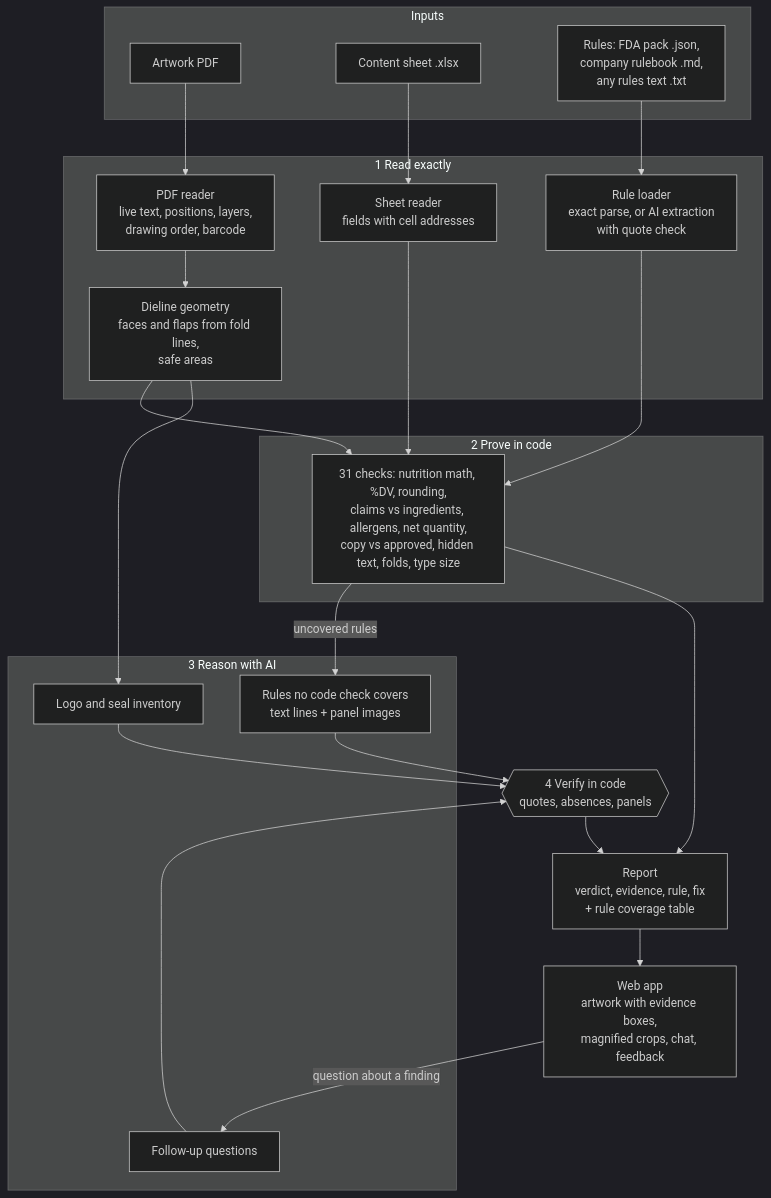
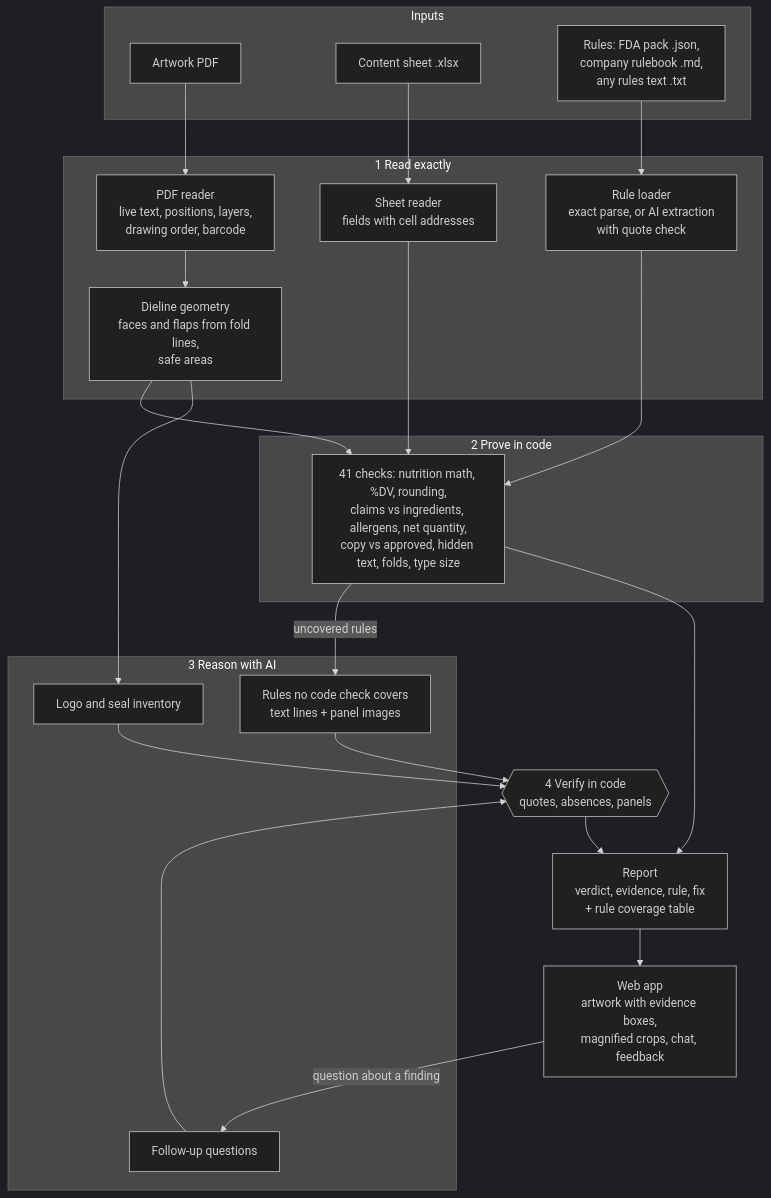
One commit to praharj123barman-glitch/shelfready changed the diagram in README.md. Above: the diagram before and after it, drawn with Mermaid (dark theme). The commit also changed other lines of this file and 2 other files, not shown here.

Commit message:
README, submission text and demo script cover risk ranking, markets, corrected panel, proof compare and the feedback loop

````diff
--- a/README.md
+++ b/README.md
@@ -87,44 +104,44 @@
 ```mermaid
 flowchart TB
     subgraph Inputs
         PDF[Artwork PDF]
         XLSX[Content sheet .xlsx]
         RULES[Rules: FDA pack .json,<br/>company rulebook .md,<br/>any rules text .txt]
     end
 
     subgraph Read["1 Read exactly"]
         EXT[PDF reader<br/>live text, positions, layers,<br/>drawing order, barcode]
         DIE[Dieline geometry<br/>faces and flaps from fold lines,<br/>safe areas]
         SHEET[Sheet reader<br/>fields with cell addresses]
         RB[Rule loader<br/>exact parse, or AI extraction<br/>with quote check]
     end
 
     subgraph Code["2 Prove in code"]
-        CHK[31 checks: nutrition math, %DV, rounding,<br/>claims vs ingredients, allergens, net quantity,<br/>copy vs approved, hidden text, folds, type size]
+        CHK[41 checks: nutrition math, %DV, rounding,<br/>claims vs ingredients, allergens, net quantity,<br/>copy vs approved, hidden text, folds, type size]
     end
 
     subgraph AI["3 Reason with AI"]
         AIR[Rules no code check covers<br/>text lines + panel images]
         MARKS[Logo and seal inventory]
         CHAT[Follow-up questions]
     end
 
     VER{{4 Verify in code<br/>quotes, absences, panels}}
     REP[Report<br/>verdict, evidence, rule, fix<br/>+ rule coverage table]
     UI[Web app<br/>artwork with evidence boxes,<br/>magnified crops, chat, feedback]
 
     PDF --> EXT --> DIE
     XLSX --> SHEET
     RULES --> RB
     DIE --> CHK
     SHEET --> CHK
     RB --> CHK
     CHK -- uncovered rules --> AIR
     DIE --> MARKS
     AIR --> VER
     MARKS --> VER
     CHK --> REP
     VER --> REP
     REP --> UI
     UI -- question about a finding --> CHAT --> VER
 ```
````
